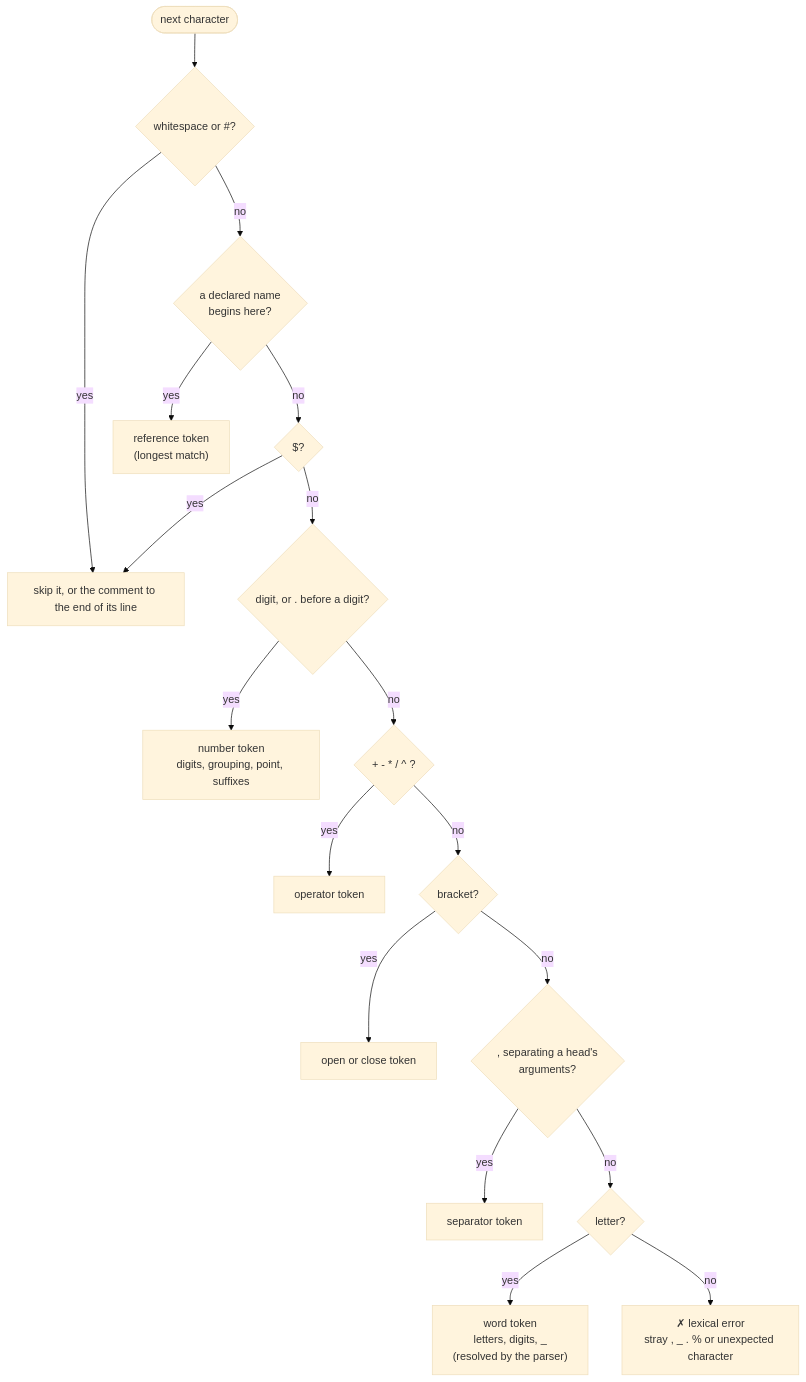
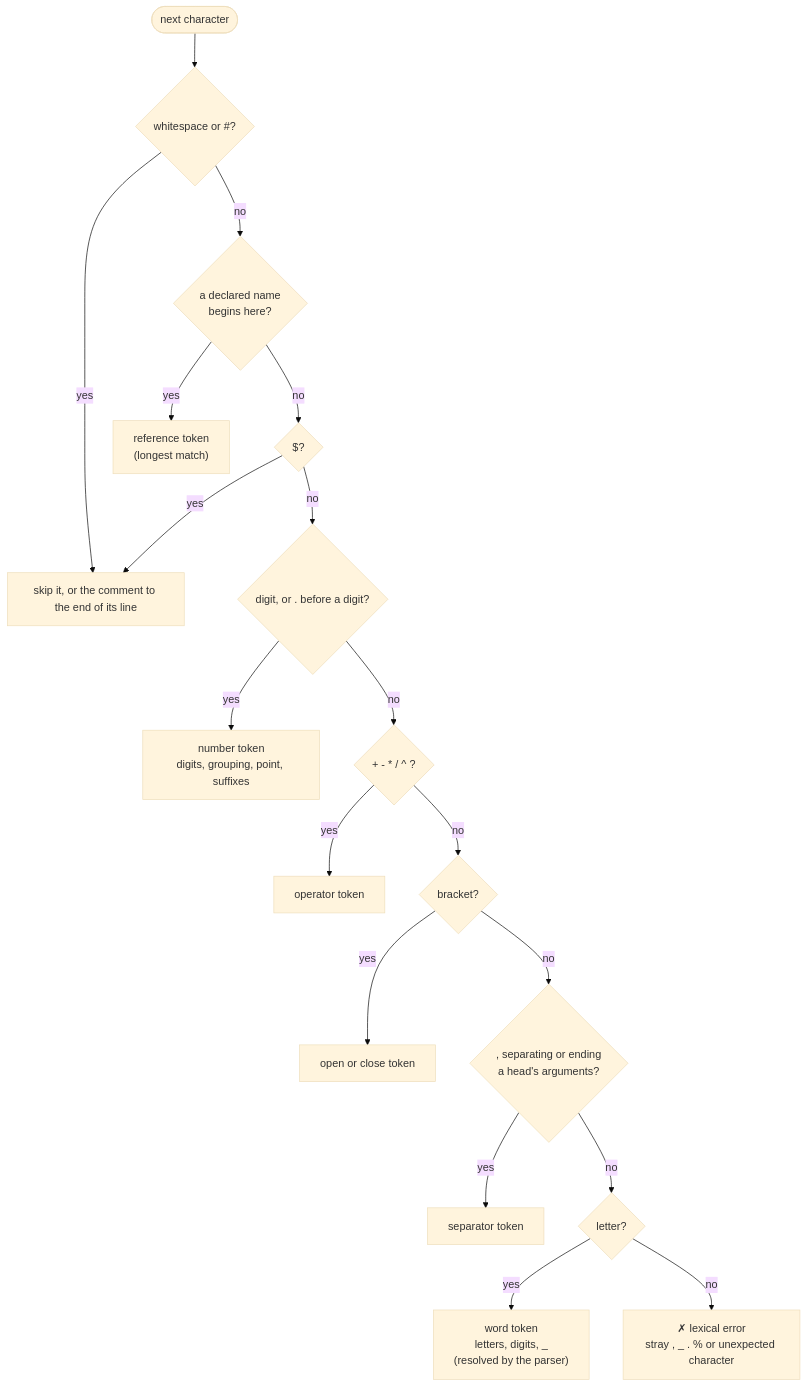
The second of 8 diagrams in src/lib/calculator/README.md (awpala/financial-calculators), drawn with Mermaid (base theme) before and after one commit. The commit also changed other lines of this file and 23 other files, not shown here.

````diff
--- a/src/lib/calculator/README.md
+++ b/src/lib/calculator/README.md
@@ -410,20 +412,20 @@
 ```mermaid
 flowchart TD
     START(["next character"]) --> SKIP{"whitespace or #35;?"}
     SKIP -- yes --> PASS["skip it, or the comment to the end of its line"]
     SKIP -- no --> NAME{"a declared name<br/>begins here?"}
     NAME -- yes --> TNAME["reference token<br/>(longest match)"]
     NAME -- no --> DOLLAR{"#36;?"}
     DOLLAR -- yes --> PASS
     DOLLAR -- no --> DIGIT{"digit, or . before a digit?"}
     DIGIT -- yes --> TNUM["number token<br/>digits, grouping, point, suffixes"]
     DIGIT -- no --> OP{"+ - * / ^ ?"}
     OP -- yes --> TOP["operator token"]
     OP -- no --> BR{"bracket?"}
     BR -- yes --> TBR["open or close token"]
-    BR -- no --> SEP{", separating a head's<br/>arguments?"}
+    BR -- no --> SEP{", separating or ending<br/>a head's arguments?"}
     SEP -- yes --> TSEP["separator token"]
     SEP -- no --> LETTER{"letter?"}
     LETTER -- yes --> TWORD["word token<br/>letters, digits, _<br/>(resolved by the parser)"]
     LETTER -- no --> ERR["✗ lexical error<br/>stray , _ . #37; or unexpected character"]
 ```
````
